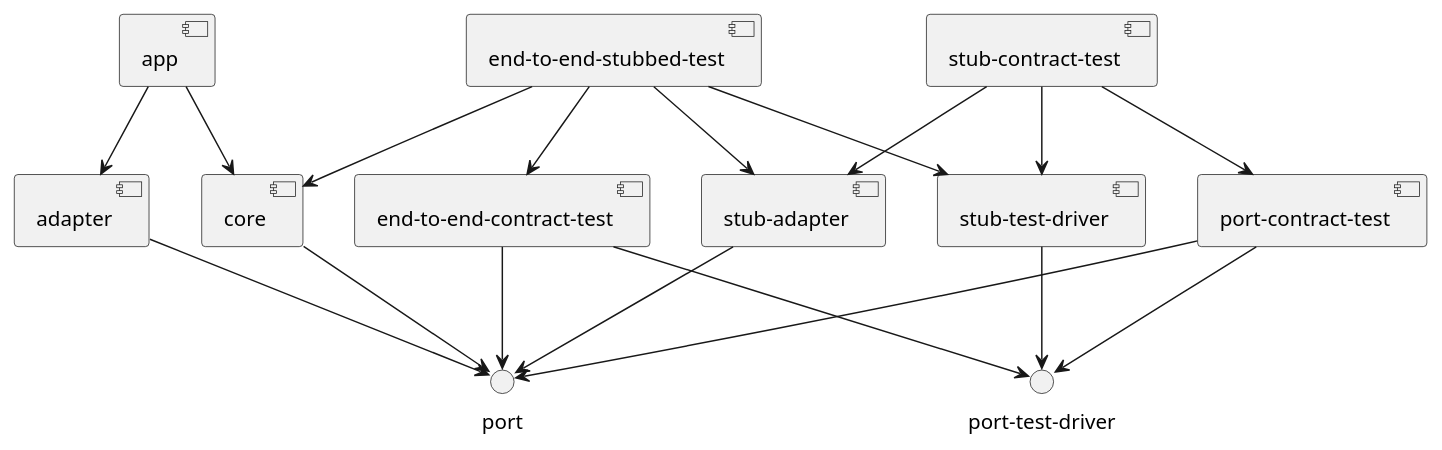
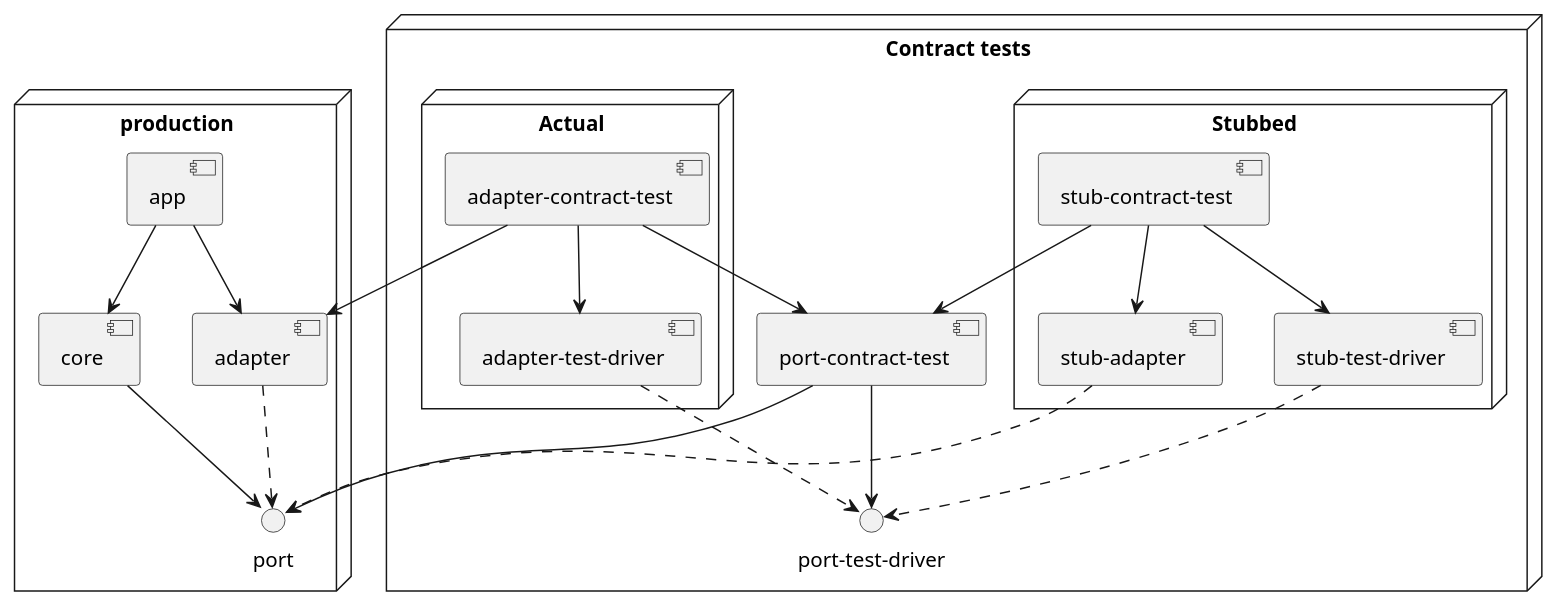
One commit to Mahoney-playground/goos changed the first of 2 diagrams in README.md. Above: the diagram before and after it, drawn with PlantUML. The commit also changed other lines of this file, not shown here.

Commit message:
Improved diagrams

````diff
--- a/README.md
+++ b/README.md
@@ -119,39 +129,48 @@
 ```plantuml
 @startuml
 
-component app
-component core
-component "port-contract-test" as port_contract_test
-interface "port-test-driver" as port_test_driver
-component adapter
-component "stub-adapter" as stub_adapter
-component "stub-contract-test" as stub_contract_test
-component "stub-test-driver" as stub_test_driver
-component "end-to-end-contract-test" as end_to_end_contract_test
-component "end-to-end-stubbed-test" as end_to_end_stubbed_test
-interface port
+node production { 
+    component app
+    component core
+    component adapter
+    interface port
+}
+
+node "Contract tests" {
+    component "port-contract-test" as port_contract_test
+    interface "port-test-driver" as port_test_driver
+    
+    node "Stubbed" {
+        component "stub-contract-test" as stub_contract_test
+        component "stub-adapter" as stub_adapter
+        component "stub-test-driver" as stub_test_driver
+    }
+    
+    node Actual {
+        component "adapter-contract-test" as adapter_contract_test
+        component "adapter-test-driver" as adapter_test_driver
+    }
+}
 
 app --> core
 app --> adapter
 core --> port
-adapter --> port
+adapter ..> port
 
-stub_adapter --> port
+stub_adapter ..> port
 
 port_contract_test --> port
 port_contract_test --> port_test_driver
 
-stub_test_driver --> port_test_driver
+stub_test_driver ..> port_test_driver
 stub_contract_test --> port_contract_test
 stub_contract_test --> stub_test_driver
 stub_contract_test --> stub_adapter
 
-end_to_end_contract_test --> port_test_driver
-end_to_end_contract_test --> port
+adapter_test_driver ..> port_test_driver
+adapter_contract_test --> port_contract_test
+adapter_contract_test --> adapter_test_driver
+adapter_contract_test --> adapter
 
-end_to_end_stubbed_test --> end_to_end_contract_test
-end_to_end_stubbed_test --> stub_test_driver
-end_to_end_stubbed_test --> core
-end_to_end_stubbed_test --> stub_adapter
 @enduml
 ```
````
